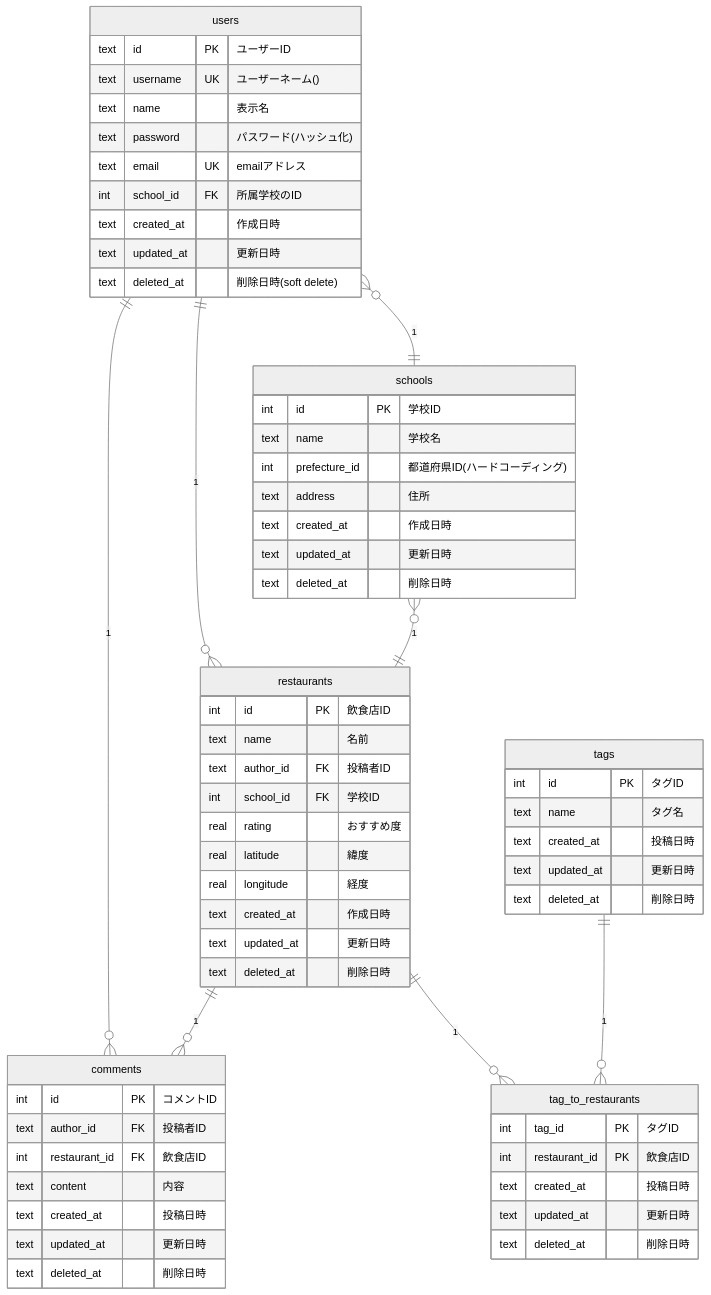
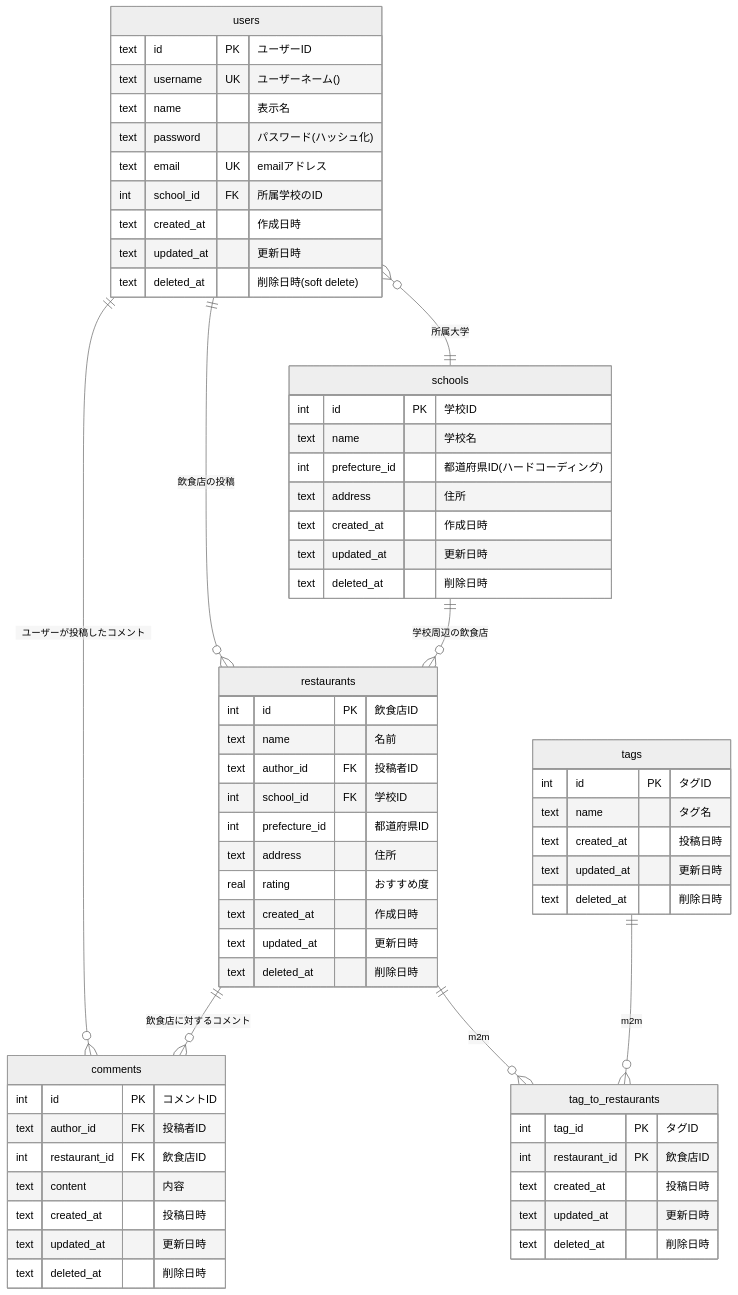
The diagram in docs/ER.md (Daaaai0809/youniplaza), drawn with Mermaid (neutral theme) before and after one commit. The commit also changed 10 other files, not shown here.

````diff
--- a/docs/ER.md
+++ b/docs/ER.md
@@ -4,71 +4,71 @@
 ```mermaid
 erDiagram
 users {
     text id PK "ユーザーID"
     text username UK "ユーザーネーム()"
     text name "表示名"
     text password "パスワード(ハッシュ化)"
     text email UK "emailアドレス"
     int school_id FK "所属学校のID"
     text created_at "作成日時"
     text updated_at "更新日時"
     text deleted_at "削除日時(soft delete)"
 }
 
 schools {
     int id PK "学校ID"
     text name "学校名"
     int prefecture_id "都道府県ID(ハードコーディング)"
     text address "住所"
     text created_at "作成日時"
     text updated_at "更新日時"
     text deleted_at "削除日時"
 }
 
 restaurants {
     int id PK "飲食店ID"
     text name "名前"
     text author_id FK "投稿者ID"
     int school_id FK "学校ID"
+    int prefecture_id "都道府県ID"
+    text address "住所"
     real rating "おすすめ度"
-    real latitude "緯度"
-    real longitude "経度"
     text created_at "作成日時"
     text updated_at "更新日時"
     text deleted_at "削除日時"
 }
 
 comments { 
     int id PK "コメントID"
     text author_id FK "投稿者ID"
     int restaurant_id FK "飲食店ID"
     text content "内容"
     text created_at "投稿日時"
     text updated_at "更新日時"
     text deleted_at "削除日時"
 }
 
 tags {
     int id PK "タグID"
     text name "タグ名"
     text created_at "投稿日時"
     text updated_at "更新日時"
     text deleted_at "削除日時"
 }
 
 tag_to_restaurants {
     int tag_id PK "タグID"
     int restaurant_id PK "飲食店ID"
     text created_at "投稿日時"
     text updated_at "更新日時"
     text deleted_at "削除日時"
 }
 
-users }o--|| schools : "1"
-users ||--o{ restaurants : "1"
-users ||--o{ comments : "1"
-schools }o--|| restaurants : "1"
-restaurants ||--o{ comments : "1"
-restaurants ||--o{ tag_to_restaurants : "1"
-tags ||--o{ tag_to_restaurants : "1"
+users }o--|| schools : "所属大学"
+users ||--o{ restaurants : "飲食店の投稿"
+users ||--o{ comments : "ユーザーが投稿したコメント"
+schools ||--o{ restaurants : "学校周辺の飲食店"
+restaurants ||--o{ comments : "飲食店に対するコメント"
+restaurants ||--o{ tag_to_restaurants : "m2m"
+tags ||--o{ tag_to_restaurants : "m2m"
 ```
````
